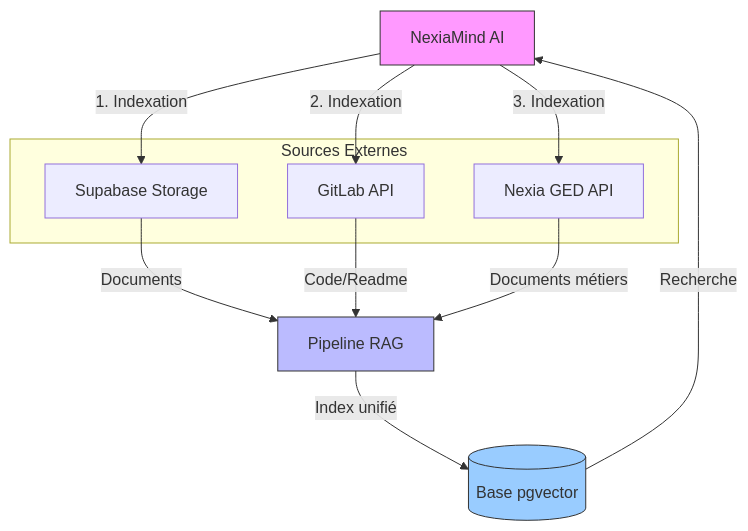
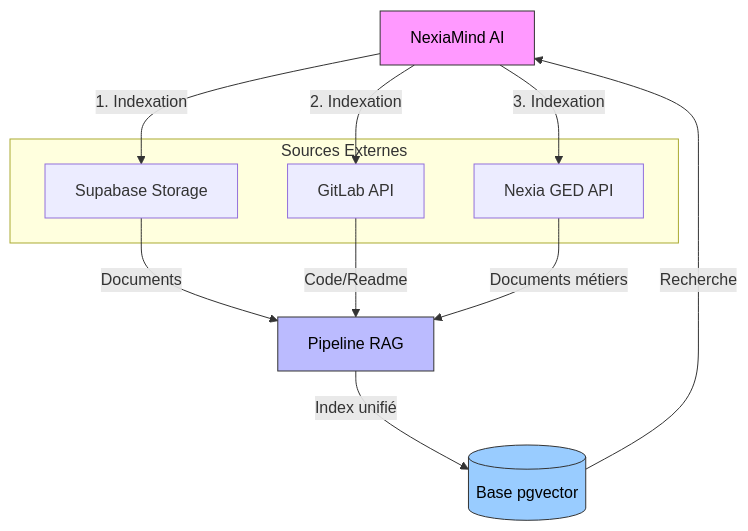
The third of 8 diagrams in docs/NexiaMindAi-Synthèse.md (Netchard/NexiaMindAi), drawn with Mermaid before and after one commit. The commit also changed other lines of this file and 44 other files, not shown here.

````diff
--- a/docs/NexiaMindAi-Synthèse.md
+++ b/docs/NexiaMindAi-Synthèse.md
@@ -216,21 +216,21 @@
 ```mermaid
 flowchart TD
     A[NexiaMind AI] -->|1. Indexation| B[Supabase Storage]
     A -->|2. Indexation| C[GitLab API]
     A -->|3. Indexation| D[Nexia GED API]
     B -->|Documents| E[Pipeline RAG]
     C -->|Code/Readme| E
     D -->|Documents métiers| E
     E -->|Index unifié| F[(Base pgvector)]
     F -->|Recherche| A
     
     subgraph "Sources Externes"
     B
     C
     D
     end
     
-    style A fill:#f9f,stroke:#333
-    style E fill:#bbf,stroke:#333
-    style F fill:#9cf,stroke:#333
+    style A fill:#f9f,stroke:#333,color:#000
+    style E fill:#bbf,stroke:#333,color:#000
+    style F fill:#9cf,stroke:#333,color:#000
 ```
````
